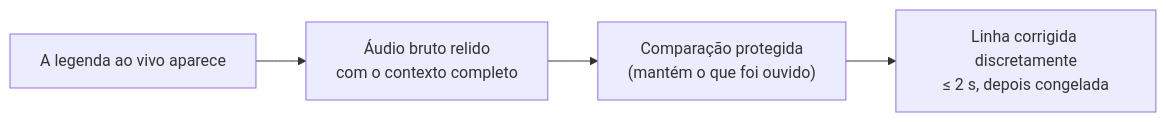
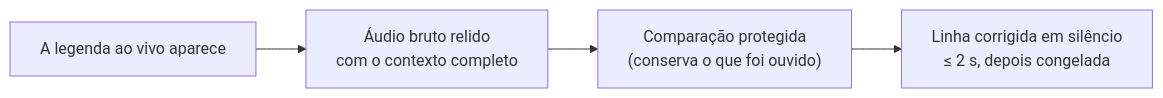
One commit to rpalm01-star/VigilantEarLegal changed the third of 4 diagrams in README_pt-BR.md. Above: the diagram before and after it, drawn with Mermaid. The commit also changed other lines of this file and 14 other files, not shown here.

````diff
--- a/README_pt-BR.md
+++ b/README_pt-BR.md
@@ -168,4 +187,4 @@
 ```mermaid
 graph LR
-    L["A legenda ao vivo aparece"] --> K["Áudio bruto relido<br/>com o contexto completo"] --> V["Comparação protegida<br/>(mantém o que foi ouvido)"] --> W["Linha corrigida discretamente<br/>≤ 2 s, depois congelada"]
+    L["A legenda ao vivo aparece"] --> K["Áudio bruto relido<br/>com o contexto completo"] --> V["Comparação protegida<br/>(conserva o que foi ouvido)"] --> W["Linha corrigida em silêncio<br/>≤ 2 s, depois congelada"]
 ```
````
